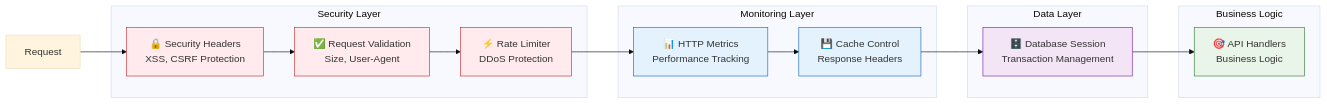
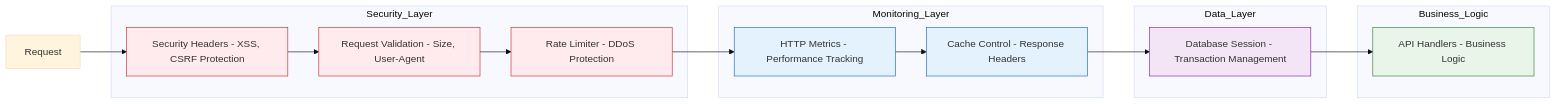
One commit to ZhuchkaTriplesix/ZhuchkaKeyboards changed the second of 9 diagrams in gateway/src/middleware/README.md. Above: the diagram before and after it, drawn with Mermaid (base theme). The commit also changed 1 other file, not shown here.

Commit message:
docs: fix Mermaid diagrams for middleware components (GitHub renderer-compatible)
Replace emoji/HTML line breaks with plain text labels and quoted nodes; avoid spaces in subgraph identifiers to fix 'Parse error ... got PS' on GitHub.

````diff
--- a/gateway/src/middleware/README.md
+++ b/gateway/src/middleware/README.md
@@ -64,39 +64,39 @@
 ```mermaid
 graph LR
-    subgraph "Security Layer"
-        SH[🔒 Security Headers<br/>XSS, CSRF Protection]
-        RV[✅ Request Validation<br/>Size, User-Agent]
-        RL[⚡ Rate Limiter<br/>DDoS Protection]
+    subgraph Security_Layer
+        SH["Security Headers - XSS, CSRF Protection"]
+        RV["Request Validation - Size, User-Agent"]
+        RL["Rate Limiter - DDoS Protection"]
     end
-    
-    subgraph "Monitoring Layer"
-        HM[📊 HTTP Metrics<br/>Performance Tracking]
-        CC[💾 Cache Control<br/>Response Headers]
+
+    subgraph Monitoring_Layer
+        HM["HTTP Metrics - Performance Tracking"]
+        CC["Cache Control - Response Headers"]
     end
-    
-    subgraph "Data Layer"
-        DB[🗄️ Database Session<br/>Transaction Management]
+
+    subgraph Data_Layer
+        DB["Database Session - Transaction Management"]
     end
-    
-    subgraph "Business Logic"
-        API[🎯 API Handlers<br/>Business Logic]
+
+    subgraph Business_Logic
+        API["API Handlers - Business Logic"]
     end
-    
+
     Request --> SH
     SH --> RV
     RV --> RL
     RL --> HM
     HM --> CC
     CC --> DB
     DB --> API
-    
+
     classDef security fill:#ffebee,stroke:#c62828
     classDef monitoring fill:#e3f2fd,stroke:#1565c0
     classDef data fill:#f3e5f5,stroke:#7b1fa2
     classDef business fill:#e8f5e8,stroke:#2e7d32
-    
+
     class SH,RV,RL security
     class HM,CC monitoring
     class DB data
     class API business
 ```
````
